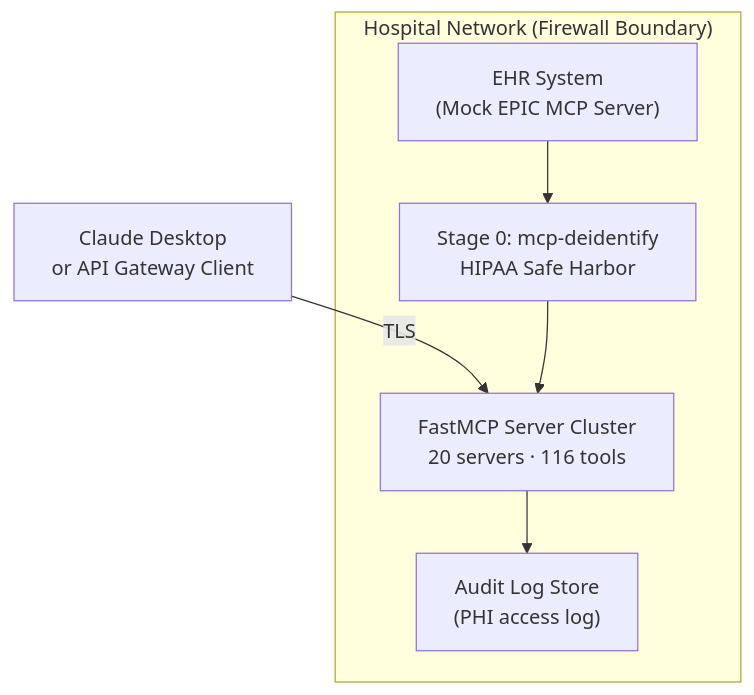
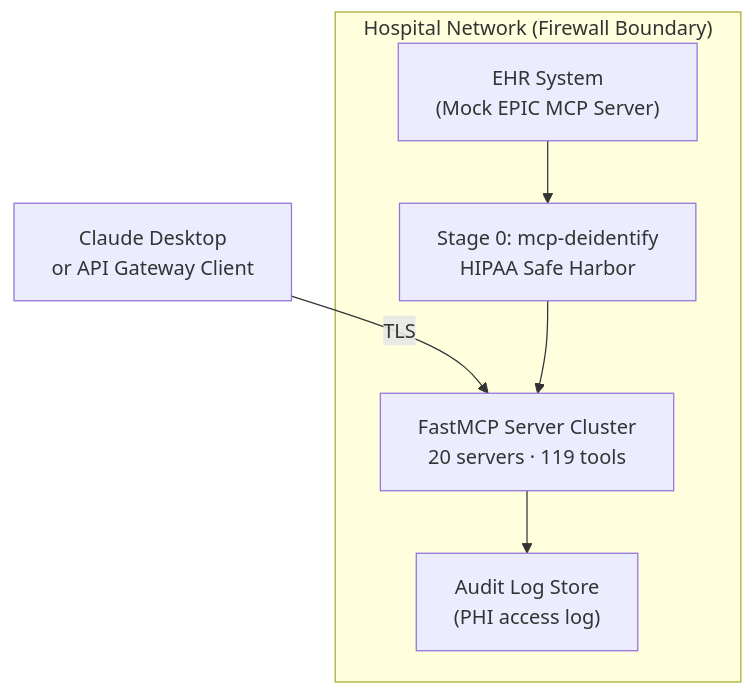
Before and after one commit to lynnlangit/spatial-mcp: the diagram in docs/for-hospitals/DEPLOYMENT_ARCHITECTURE.md, drawn with Mermaid. The commit also changed 8 other files, not shown here.

````diff
--- a/docs/for-hospitals/DEPLOYMENT_ARCHITECTURE.md
+++ b/docs/for-hospitals/DEPLOYMENT_ARCHITECTURE.md
@@ -5,14 +5,14 @@
 ```mermaid
 graph TD
     subgraph Hospital["Hospital Network (Firewall Boundary)"]
         EHR["EHR System\n(Mock EPIC MCP Server)"]
         STAGE0["Stage 0: mcp-deidentify\nHIPAA Safe Harbor"]
-        MCPCLUSTER["FastMCP Server Cluster\n20 servers · 116 tools"]
+        MCPCLUSTER["FastMCP Server Cluster\n20 servers · 119 tools"]
         AUDIT["Audit Log Store\n(PHI access log)"]
     end
     CLIENT["Claude Desktop\nor API Gateway Client"]
     CLIENT -->|"TLS"| MCPCLUSTER
     EHR --> STAGE0
     STAGE0 --> MCPCLUSTER
     MCPCLUSTER --> AUDIT
 ```
````
